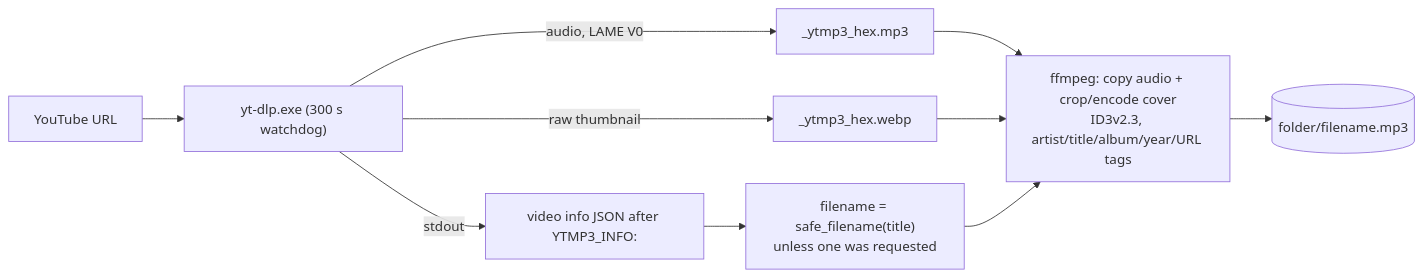
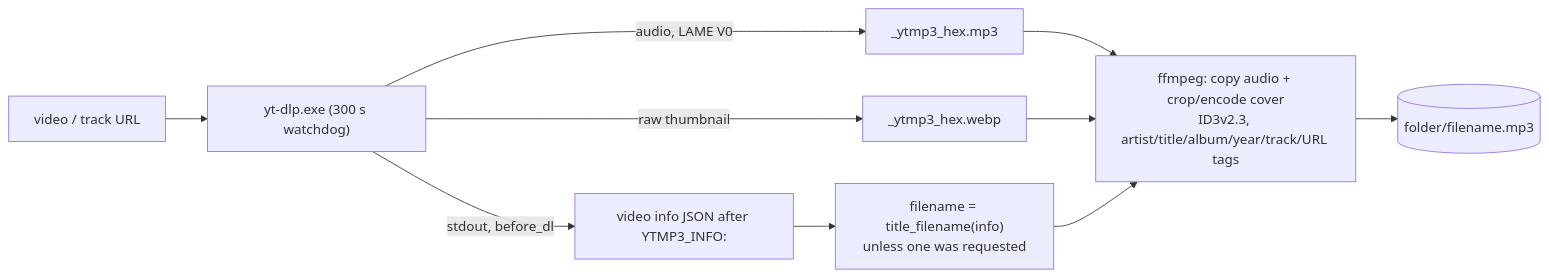
Diagram 11 of 22 in ARCHITECTURE.md (martin-iflap/YT-MP3-Downloader), drawn with Mermaid before and after one commit. The commit also changed other lines of this file and 20 other files, not shown here.

````diff
--- a/ARCHITECTURE.md
+++ b/ARCHITECTURE.md
@@ -488,12 +612,12 @@
 ```mermaid
 flowchart LR
-    U["YouTube URL"] --> Y["yt-dlp.exe (300 s watchdog)"]
+    U["video / track URL"] --> Y["yt-dlp.exe (300 s watchdog)"]
     Y -- "audio, LAME V0" --> M["_ytmp3_hex.mp3"]
     Y -- "raw thumbnail" --> J["_ytmp3_hex.webp"]
-    Y -- "stdout" --> T["video info JSON after YTMP3_INFO:"]
-    T --> N["filename = safe_filename(title)<br/>unless one was requested"]
-    M --> F["ffmpeg: copy audio + crop/encode cover<br/>ID3v2.3, artist/title/album/year/URL tags"]
+    Y -- "stdout, before_dl" --> T["video info JSON after YTMP3_INFO:"]
+    T --> N["filename = title_filename(info)<br/>unless one was requested"]
+    M --> F["ffmpeg: copy audio + crop/encode cover<br/>ID3v2.3, artist/title/album/year/track/URL tags"]
     J --> F
     N --> F
     F --> OUT[("folder/filename.mp3")]
 ```
````
